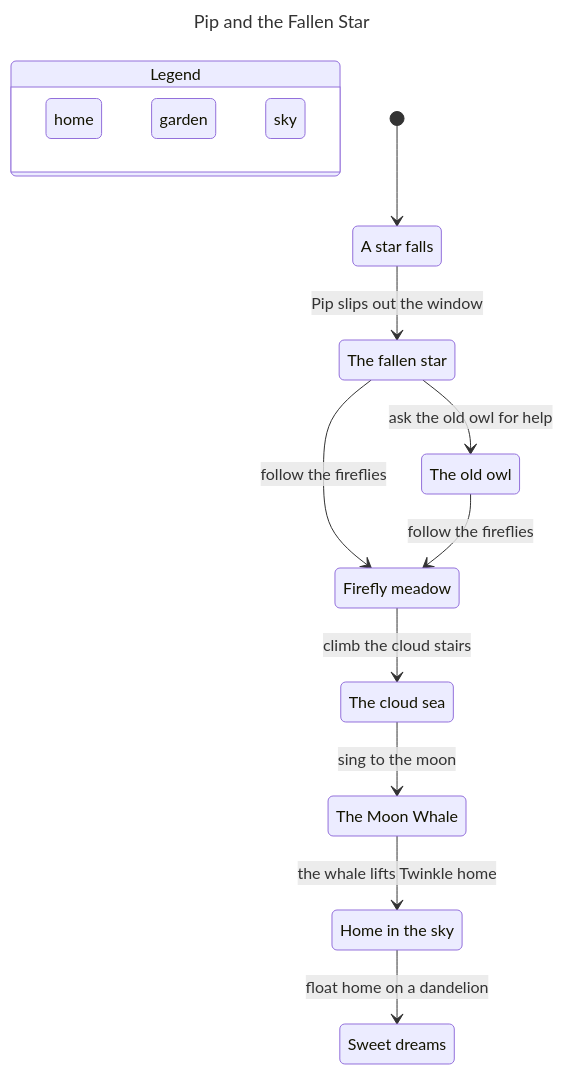
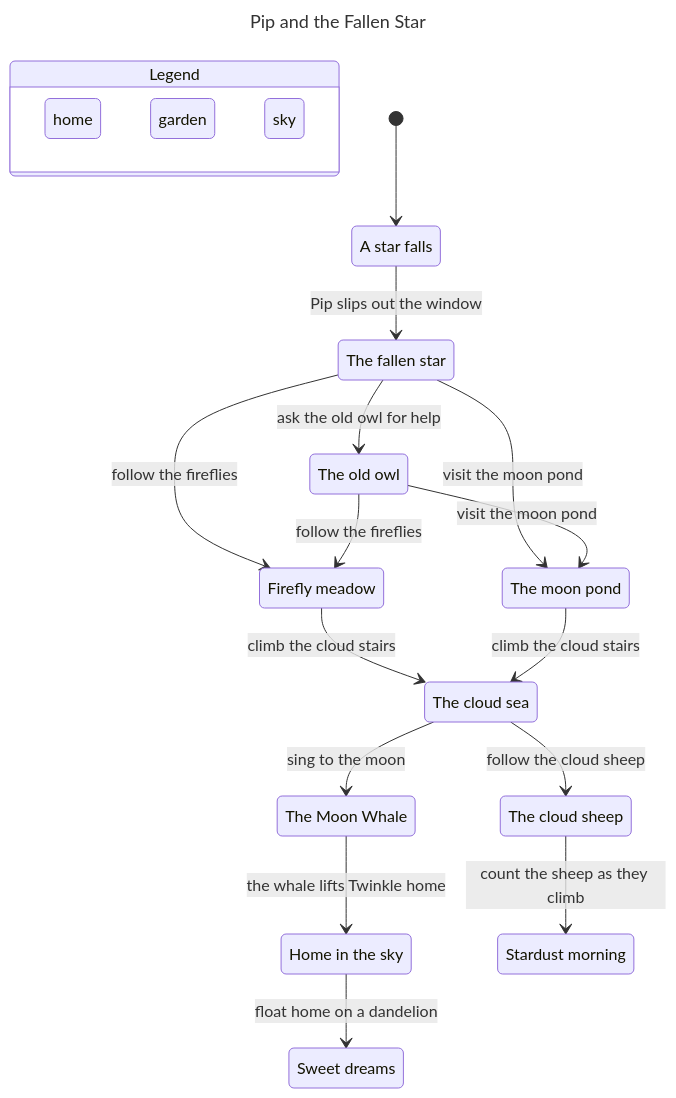
Before and after one commit to ivanmartinezmorales/statecharts: the diagram in pixel/stories/fallen-star/model/chart/chart.mmd, drawn with Mermaid. The commit also changed 6 other files, not shown here.

```diff
--- a/pixel/stories/fallen-star/model/chart/chart.mmd
+++ b/pixel/stories/fallen-star/model/chart/chart.mmd
@@ -1,37 +1,48 @@
 ---
 title: "Pip and the Fallen Star"
 ---
 stateDiagram-v2
   state "Legend" as legend {
     lg0: home
     lg1: garden
     lg2: sky
   }
   class lg0 purple
   class lg1 teal
   class lg2 yellow
   s0: A star falls
   s1: The fallen star
-  s2: The old owl
-  s3: Firefly meadow
-  s4: The cloud sea
-  s5: The Moon Whale
-  s6: Home in the sky
-  s7: Sweet dreams
+  s2: Firefly meadow
+  s3: The moon pond
+  s4: The old owl
+  s5: The cloud sea
+  s6: The Moon Whale
+  s7: The cloud sheep
+  s8: Home in the sky
+  s9: Stardust morning
+  s10: Sweet dreams
   [*] --> s0
   s0 --> s1: Pip slips out the window
-  s1 --> s2: ask the old owl for help
-  s1 --> s3: follow the fireflies
-  s2 --> s3: follow the fireflies
-  s3 --> s4: climb the cloud stairs
-  s4 --> s5: sing to the moon
-  s5 --> s6: the whale lifts Twinkle home
-  s6 --> s7: float home on a dandelion
+  s1 --> s2: follow the fireflies
+  s1 --> s3: visit the moon pond
+  s1 --> s4: ask the old owl for help
+  s2 --> s5: climb the cloud stairs
+  s3 --> s5: climb the cloud stairs
+  s4 --> s2: follow the fireflies
+  s4 --> s3: visit the moon pond
+  s5 --> s6: sing to the moon
+  s5 --> s7: follow the cloud sheep
+  s6 --> s8: the whale lifts Twinkle home
+  s7 --> s9: count the sheep as they climb
+  s8 --> s10: float home on a dandelion
   class s0 purple
   class s1 teal
   class s2 teal
   class s3 teal
-  class s4 yellow
+  class s4 teal
   class s5 yellow
   class s6 yellow
-  class s7 purple
+  class s7 yellow
+  class s8 yellow
+  class s9 purple
+  class s10 purple
```
